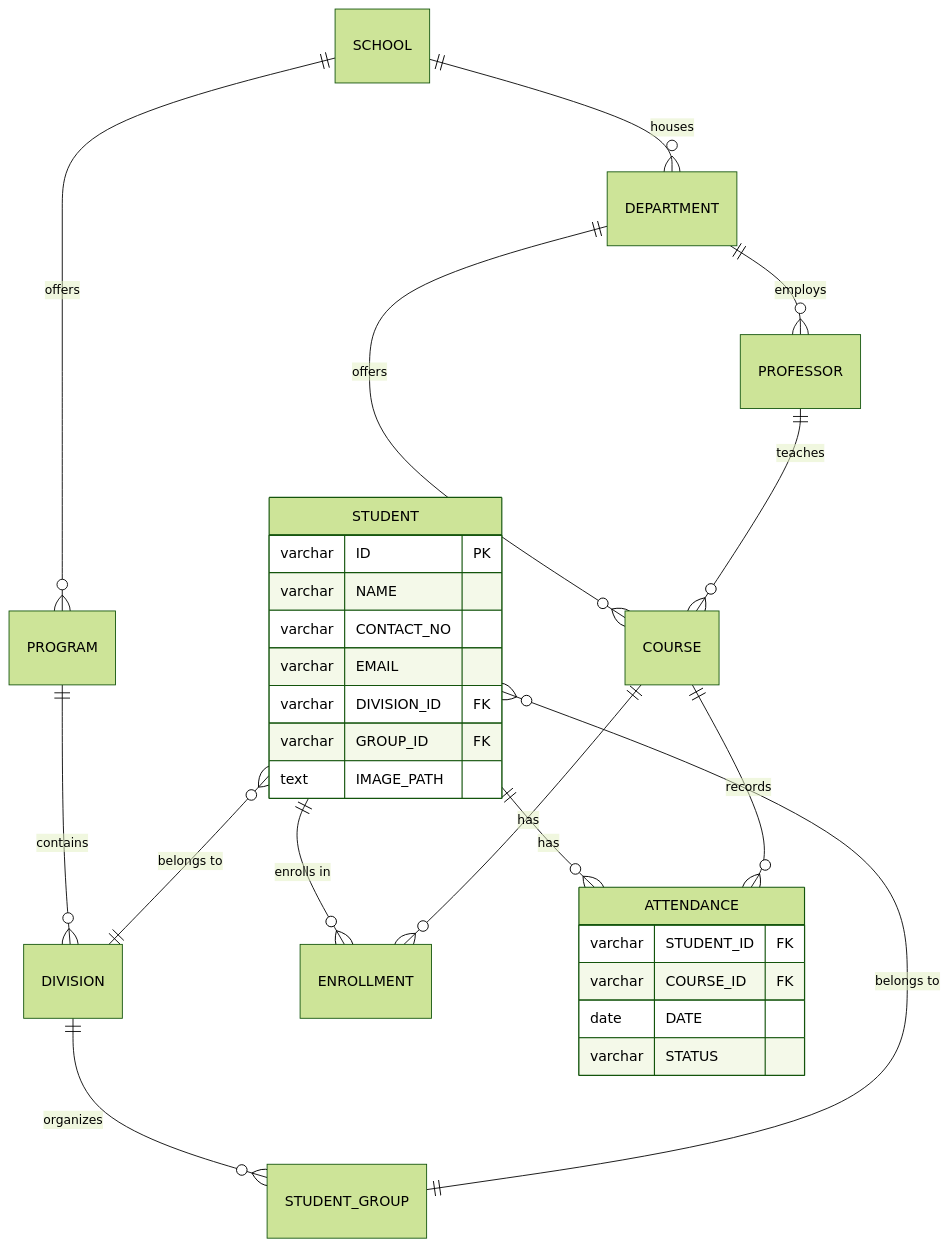
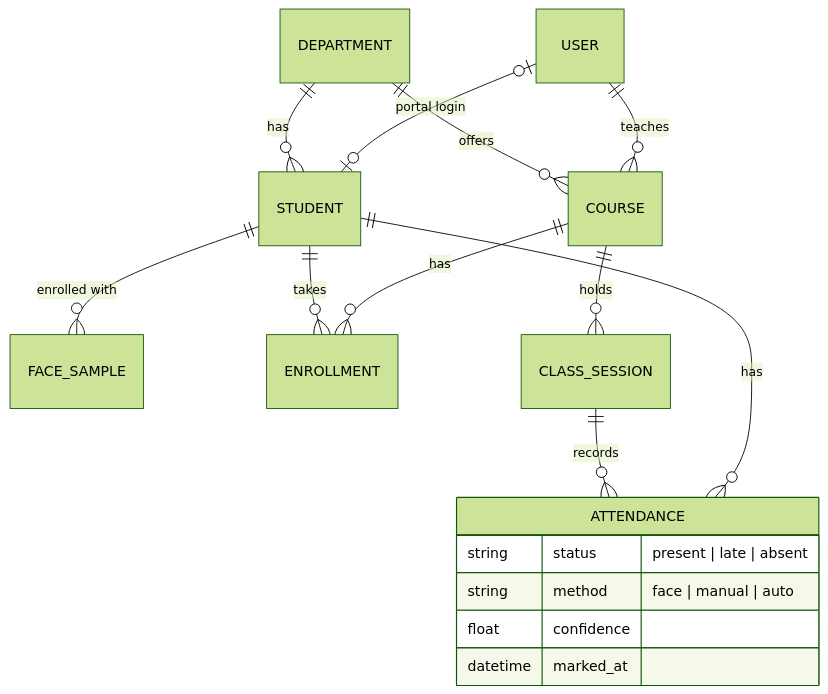
One commit to ChetanGadhiya017/face-based-attendance-system changed the second of 2 diagrams in README.md. Above: the diagram before and after it, drawn with Mermaid (forest theme). The commit also changed other lines of this file, not shown here.

First line of the commit message:
docs: rewrite README for the FaceAttend web app

````diff
--- a/README.md
+++ b/README.md
@@ -32,31 +128,19 @@
 ```mermaid
 erDiagram
-    SCHOOL ||--o{ PROGRAM : offers
-    SCHOOL ||--o{ DEPARTMENT : houses
-    PROGRAM ||--o{ DIVISION : contains
-    DIVISION ||--o{ STUDENT_GROUP : organizes
-    DEPARTMENT ||--o{ PROFESSOR : employs
+    DEPARTMENT ||--o{ STUDENT : has
     DEPARTMENT ||--o{ COURSE : offers
-    PROFESSOR ||--o{ COURSE : teaches
-    STUDENT }o--|| DIVISION : "belongs to"
-    STUDENT }o--|| STUDENT_GROUP : "belongs to"
-    STUDENT ||--o{ ENROLLMENT : "enrolls in"
+    USER ||--o{ COURSE : teaches
+    USER |o--o| STUDENT : "portal login"
+    STUDENT ||--o{ FACE_SAMPLE : "enrolled with"
+    STUDENT ||--o{ ENROLLMENT : takes
     COURSE ||--o{ ENROLLMENT : has
+    COURSE ||--o{ CLASS_SESSION : holds
+    CLASS_SESSION ||--o{ ATTENDANCE : records
     STUDENT ||--o{ ATTENDANCE : has
-    COURSE ||--o{ ATTENDANCE : records
-    STUDENT {
-        varchar ID PK
-        varchar NAME
-        varchar CONTACT_NO
-        varchar EMAIL
-        varchar DIVISION_ID FK
-        varchar GROUP_ID FK
-        text IMAGE_PATH
-    }
     ATTENDANCE {
-        varchar STUDENT_ID FK
-        varchar COURSE_ID FK
-        date DATE
-        varchar STATUS
+      string status "present | late | absent"
+      string method "face | manual | auto"
+      float confidence
+      datetime marked_at
     }
 ```
````
